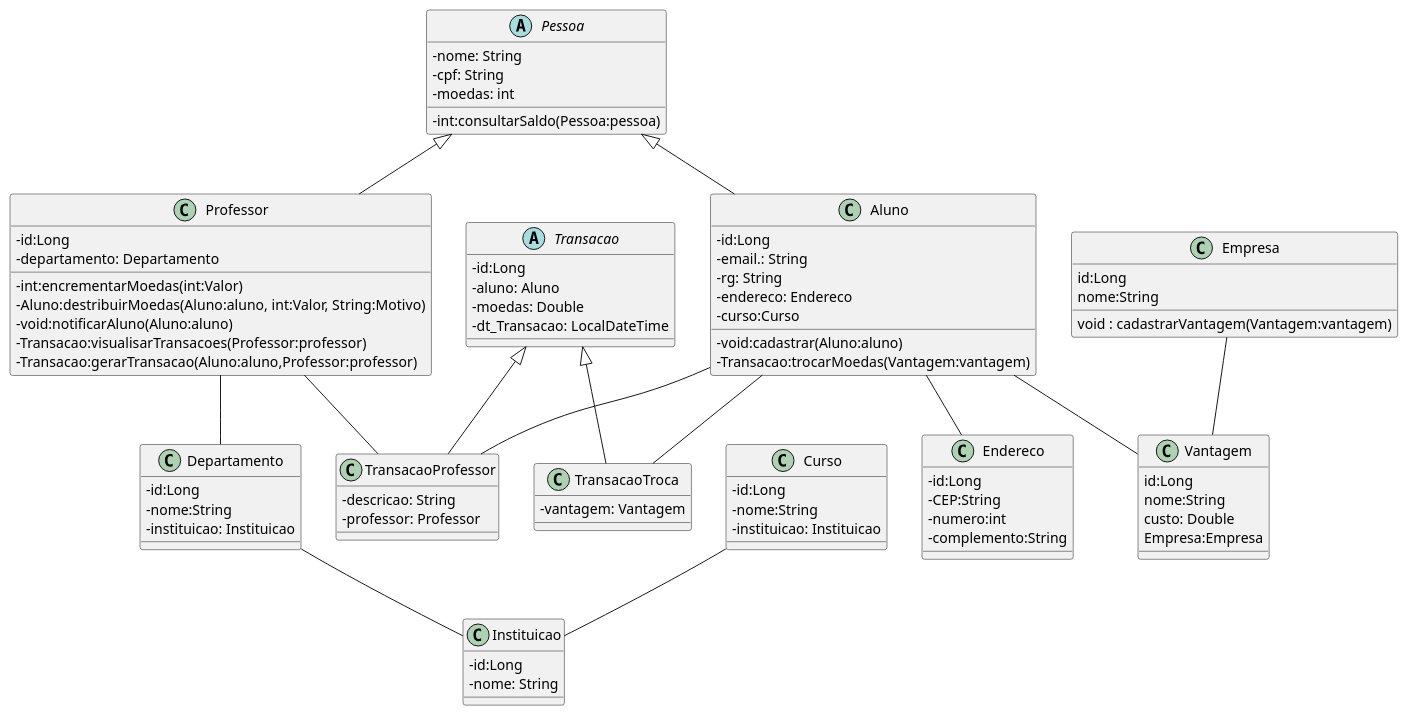
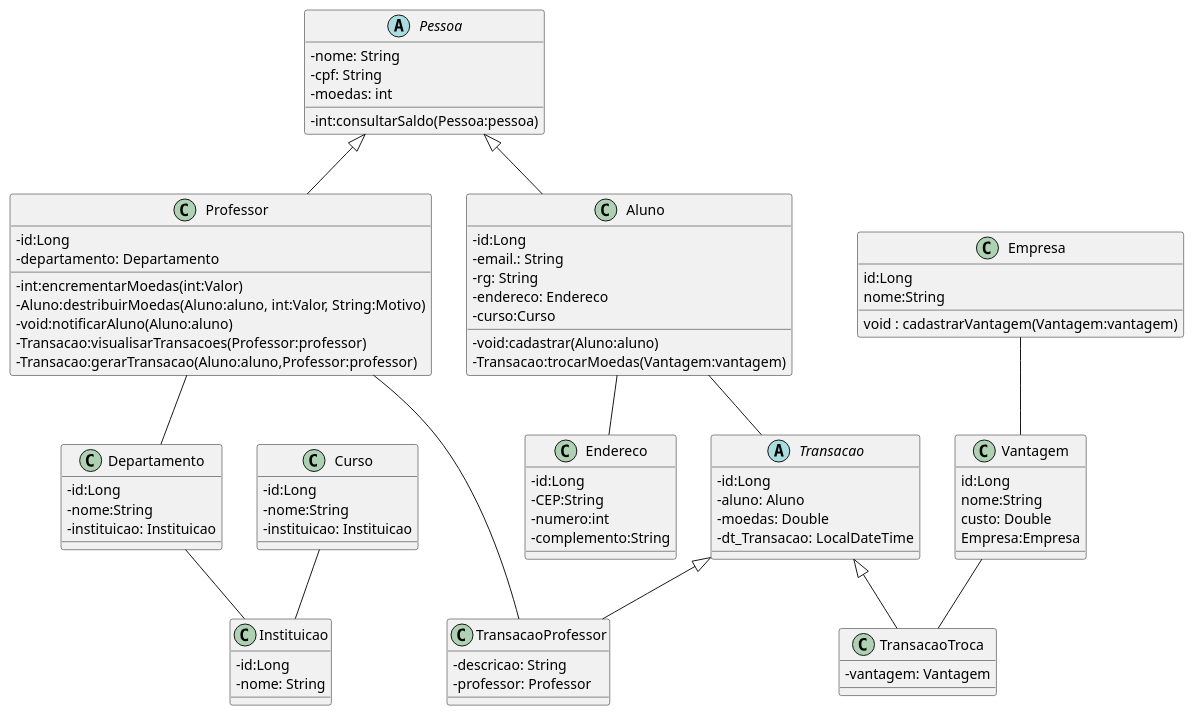
One commit to pedromaximocampos/LAB_03 changed the diagram in projeto/diagramaDeClasses.puml. Above: the diagram before and after it, drawn with PlantUML. The commit also changed 1 other file, not shown here.

```diff
--- a/projeto/diagramaDeClasses.puml
+++ b/projeto/diagramaDeClasses.puml
@@ -1,97 +1,96 @@
 @startuml
 skinparam classAttributeIconSize 0
 
 abstract class Pessoa{
 -nome: String
 -cpf: String
 -moedas: int
 -int:consultarSaldo(Pessoa:pessoa)
 }
 
 class Aluno extends Pessoa{
 -id:Long
 -email.: String
 -rg: String
 -endereco: Endereco
 -curso:Curso
 -void:cadastrar(Aluno:aluno)
 -Transacao:trocarMoedas(Vantagem:vantagem)
 }
 
 class Professor extends Pessoa{
 -id:Long
 -departamento: Departamento
 -int:encrementarMoedas(int:Valor)
 -Aluno:destribuirMoedas(Aluno:aluno, int:Valor, String:Motivo)
 -void:notificarAluno(Aluno:aluno)
 -Transacao:visualisarTransacoes(Professor:professor)
 -Transacao:gerarTransacao(Aluno:aluno,Professor:professor)
 }
 
 class Endereco{
 -id:Long
 -CEP:String
 -numero:int
 -complemento:String
 }
 
 class Instituicao{
 -id:Long
 -nome: String
 }
 
 class Departamento{
 -id:Long
 -nome:String
 -instituicao: Instituicao
 }
 
 class Curso{
 -id:Long
 -nome:String
 -instituicao: Instituicao
 }
 
 class TransacaoProfessor extends Transacao{
 -descricao: String
 -professor: Professor
 }
 
 class TransacaoTroca extends Transacao{
 -vantagem: Vantagem
 }
 
 abstract class Transacao{
 -id:Long
 -aluno: Aluno
 -moedas: Double
 -dt_Transacao: LocalDateTime
 }
 
 class Vantagem{
 id:Long
 nome:String
 custo: Double
 Empresa:Empresa
 }
 
 class Empresa{
 id:Long
 nome:String
 void : cadastrarVantagem(Vantagem:vantagem)
 }
 
 
-Aluno -- TransacaoProfessor
+Aluno -- Transacao
 Aluno -- Endereco
-Aluno -- Vantagem
-Aluno -- TransacaoTroca
 Empresa -- Vantagem
 Professor -- Departamento
 Professor -- TransacaoProfessor
 Departamento -- Instituicao
 Curso -- Instituicao
+Vantagem -- TransacaoTroca
 
 
 
 @enduml
```
